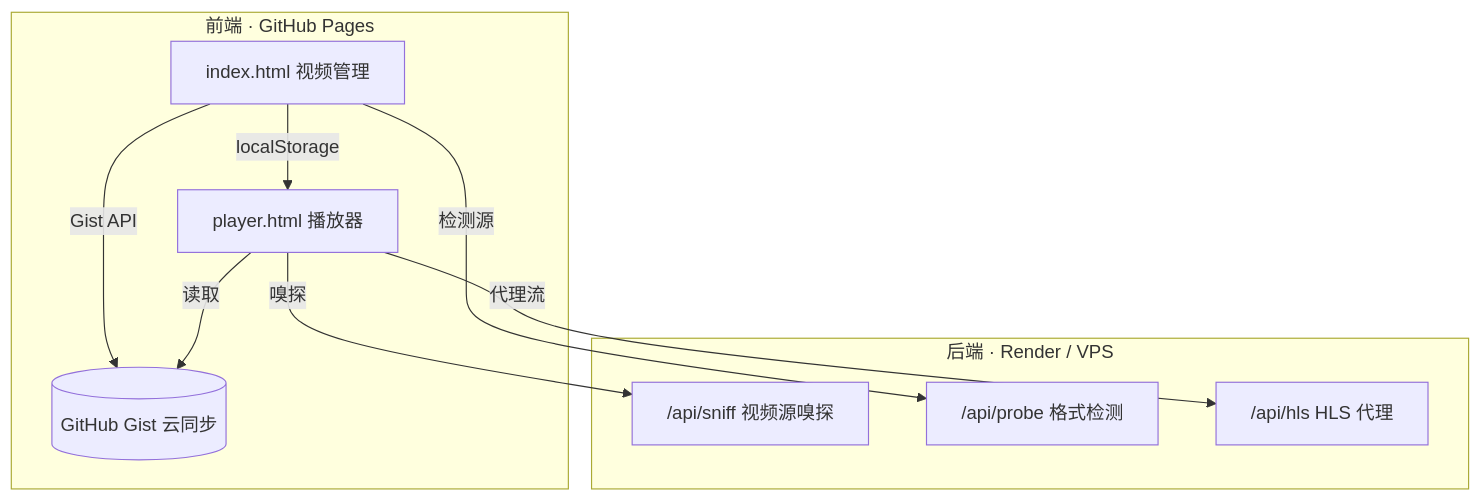
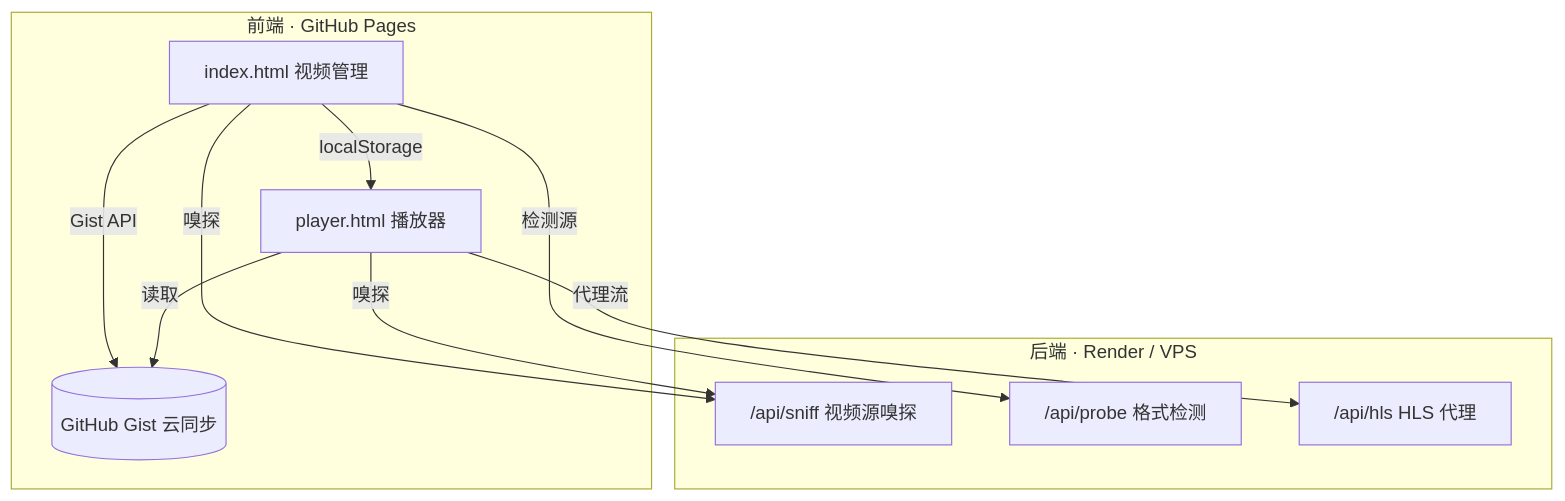
Before and after one commit to zhikanyeye/video: the diagram in README.md, drawn with Mermaid. The commit also changed other lines of this file and 5 other files, not shown here.

````diff
--- a/README.md
+++ b/README.md
@@ -57,18 +57,19 @@
 ```mermaid
 graph TB
     subgraph 前端["前端 · GitHub Pages"]
         A["index.html 视频管理"] -->|localStorage| B["player.html 播放器"]
         A -->|Gist API| C[("GitHub Gist 云同步")]
         B -->|读取| C
     end
 
     subgraph 后端["后端 · Render / VPS"]
         D["/api/sniff 视频源嗅探"]
         E["/api/probe 格式检测"]
         F["/api/hls HLS 代理"]
     end
 
     A -->|检测源| E
+    A -->|嗅探| D
     B -->|嗅探| D
     B -->|代理流| F
 ```
````
